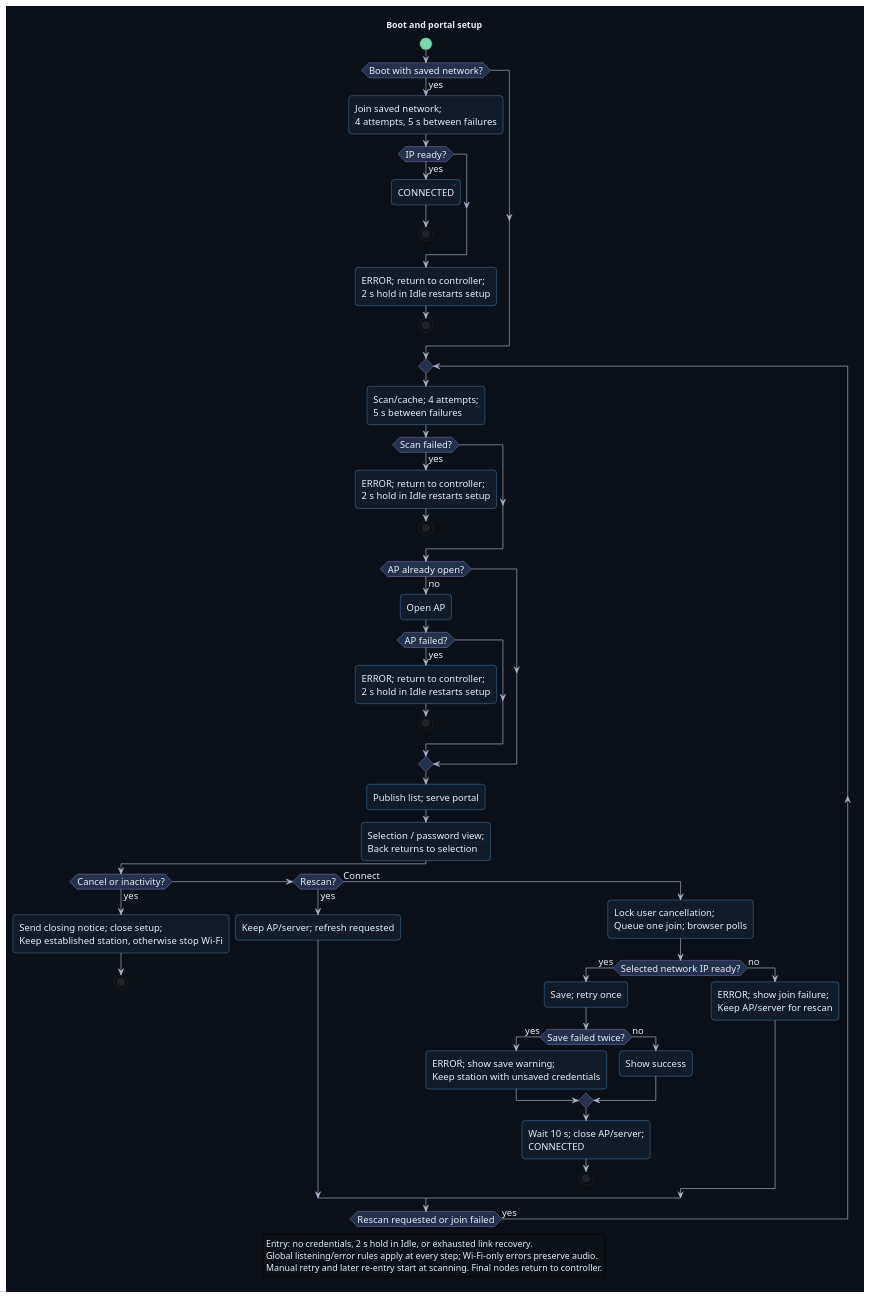
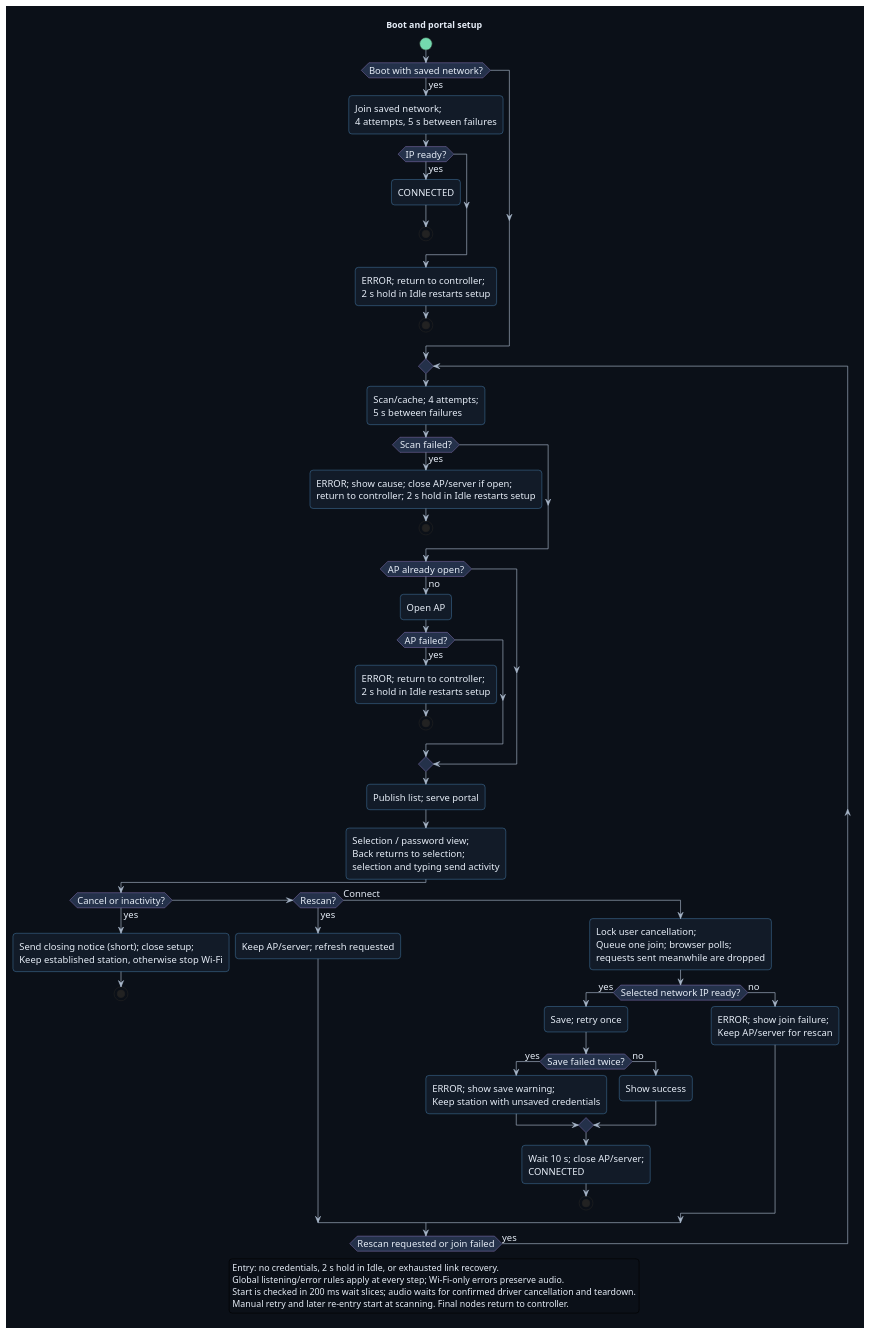
One commit to DemonicPsychoII/DigitalStethoscope changed the diagram in Development/system/architecture/wifi-flow.puml. Above: the diagram before and after it, drawn with PlantUML. The commit also changed 27 other files, not shown here.

```diff
--- a/Development/system/architecture/wifi-flow.puml
+++ b/Development/system/architecture/wifi-flow.puml
@@ -1,92 +1,93 @@
 @startuml wifi_flow
 skinparam backgroundColor #0b1018
 skinparam defaultFontName SansSerif
 skinparam defaultFontSize 15
 skinparam defaultFontColor #e6edf7
 skinparam ArrowColor #a9b8ca
 skinparam shadowing false
 skinparam roundcorner 10
 skinparam state {
  BackgroundColor #121b28
  BorderColor #64b5f6
  FontColor #e6edf7
  StartColor #74d9ae
  EndColor #74d9ae
 }
 skinparam activity {
  BackgroundColor #121b28
  BorderColor #64b5f6
  FontColor #e6edf7
  DiamondBackgroundColor #24314a
  DiamondBorderColor #c5a1ff
  DiamondFontColor #e6edf7
  StartColor #74d9ae
  EndColor #74d9ae
 }
 title Boot and portal setup
 start
 if (Boot with saved network?) then (yes)
  :Join saved network;\n4 attempts, 5 s between failures;
  if (IP ready?) then (yes)
   :CONNECTED;
   stop
  endif
  :ERROR; return to controller;\n2 s hold in Idle restarts setup;
  stop
 endif
 repeat
  :Scan/cache; 4 attempts;\n5 s between failures;
  if (Scan failed?) then (yes)
-  :ERROR; return to controller;\n2 s hold in Idle restarts setup;
+  :ERROR; show cause; close AP/server if open;\nreturn to controller; 2 s hold in Idle restarts setup;
   stop
  endif
  if (AP already open?) then (no)
   :Open AP;
   if (AP failed?) then (yes)
    :ERROR; return to controller;\n2 s hold in Idle restarts setup;
    stop
   endif
  endif
  :Publish list; serve portal;
- :Selection / password view;\nBack returns to selection;
+ :Selection / password view;\nBack returns to selection;\nselection and typing send activity;
  if (Cancel or inactivity?) then (yes)
-  :Send closing notice; close setup;\nKeep established station, otherwise stop Wi-Fi;
+  :Send closing notice (short); close setup;\nKeep established station, otherwise stop Wi-Fi;
   stop
  elseif (Rescan?) then (yes)
   :Keep AP/server; refresh requested;
  else (Connect)
-  :Lock user cancellation;\nQueue one join; browser polls;
+  :Lock user cancellation;\nQueue one join; browser polls;\nrequests sent meanwhile are dropped;
   if (Selected network IP ready?) then (yes)
    :Save; retry once;
    if (Save failed twice?) then (yes)
     :ERROR; show save warning;\nKeep station with unsaved credentials;
    else (no)
     :Show success;
    endif
    :Wait 10 s; close AP/server;\nCONNECTED;
    stop
   else (no)
    :ERROR; show join failure;\nKeep AP/server for rescan;
   endif
  endif
 repeat while (Rescan requested or join failed) is (yes)
 legend bottom
  Entry: no credentials, 2 s hold in Idle, or exhausted link recovery.
  Global listening/error rules apply at every step; Wi-Fi-only errors preserve audio.
+ Start is checked in 200 ms wait slices; audio waits for confirmed driver cancellation and teardown.
  Manual retry and later re-entry start at scanning. Final nodes return to controller.
 endlegend
 /'
 Shared workflow contract:
 Entry: setup at boot or Idle. Initial scan/cache -> open AP -> serve portal. Rescans retain AP/server. A 2 s hold in Idle re-enters after exit.
 Retry: boot/reconnect/scan 4 attempts total, 5 s between failures; portal join 1; save 2; AP start manual. Reset each operation budget.
-Recovery: boot/AP/exhausted scan -> manual 2 s hold; reconnect exhaustion -> automatic setup in Idle; portal join failure -> show error then rescan/selection; save failure -> connected with unsaved credentials, old valid record preserved.
+Recovery: boot/AP/exhausted scan -> manual 2 s hold; an exhausted rescan closes setup with its cause; reconnect exhaustion -> automatic setup in Idle, once, then only a 2 s hold; portal join failure -> show error then rescan/selection; save failure -> connected with unsaved credentials, old valid record preserved.
 Global setup failure: software error that prevents continuing -> ERROR, log/show cause, release setup resources, offline. A later 2 s hold can retry.
 Portal: open hotspot; QR portal URL after manual hotspot join; manual phone rejoin accepted. One document, password only for protected selection. Queue Connect; browser polls; confirm selected network and assigned address, not an old link. Publish cache only after scan-finished.
-Cancel/timer: form Back returns to selection. Setup Cancel closes setup. User cancel is locked from Connect submission through save/automatic closure. Timeout is 5 min inactivity; selection/password input/Rescan reset it; polling does not. Pause during actions.
-Closure: success or save warning 10 s, then AP/server off, station retained. Cancel/timeout notice before shutdown, no extra delay. Keep established station; otherwise stop attempts and release Wi-Fi services. Final nodes return to controller, not device shutdown.
-Global listening interrupt: stop setup/reconnect work before audio starts; keep established station. Serialize join completion vs teardown, reject late callbacks, finish atomic settings writes safely. Defer reconnection until Idle.
-Feedback: newest status/error catalogue applies. Violet: steady portal, breathing scan/join/reconnect, 3 quick flashes on connection. Red counted code at 2 Hz: Wi-Fi save=2, scan=3, boot join=4, reconnect=5, AP start=6. Serial log carries cause. Short press clears indication only; recovery/2 s setup hold does not require acknowledgement.
+Cancel/timer: form Back returns to selection. Setup Cancel closes setup. User cancel is locked from Connect submission through save/automatic closure; requests sent meanwhile are dropped. Timeout is 5 min inactivity; selection/password input (page activity request)/Rescan reset it; polling does not. Pause during actions.
+Closure: success or save warning 10 s, then AP/server off, station retained. Cancel/timeout/failure notice before shutdown, short (candidate 2 s), no extra 10 s delay. Keep established station; otherwise stop attempts and release Wi-Fi services. Final nodes return to controller, not device shutdown.
+Global listening interrupt: stop setup/reconnect work before audio starts; keep established station. Waits check Start in 200 ms slices; control waits for confirmed cancellation and teardown before audio starts. Total release latency is unverified. Serialize join completion vs teardown, reject late callbacks, finish atomic settings writes safely. Defer reconnection until Idle; an Idle link check (candidate every 2 min) detects link loss.
+Feedback: newest status/error catalogue applies. Violet: steady portal, breathing scan/join/reconnect, 3 quick flashes on connection. Red counted code at 2 Hz: Wi-Fi save=1, scan=2, boot join=3, reconnect=4, AP start=5. Serial log carries cause. Short press clears indication only; recovery/2 s setup hold does not require acknowledgement.
 Wi-Fi-only failures preserve functioning audio, allow offline Start and retain selected recovery paths. Other faults use the catalogue halt/clear rules. Generic settings failure is not Wi-Fi credential-save failure.
 Time/secure server transport/registration belong to later FHIR, not Wi-Fi setup completion. Hardware timing and radio/audio interference are not verified.
 '/
 @enduml
```
